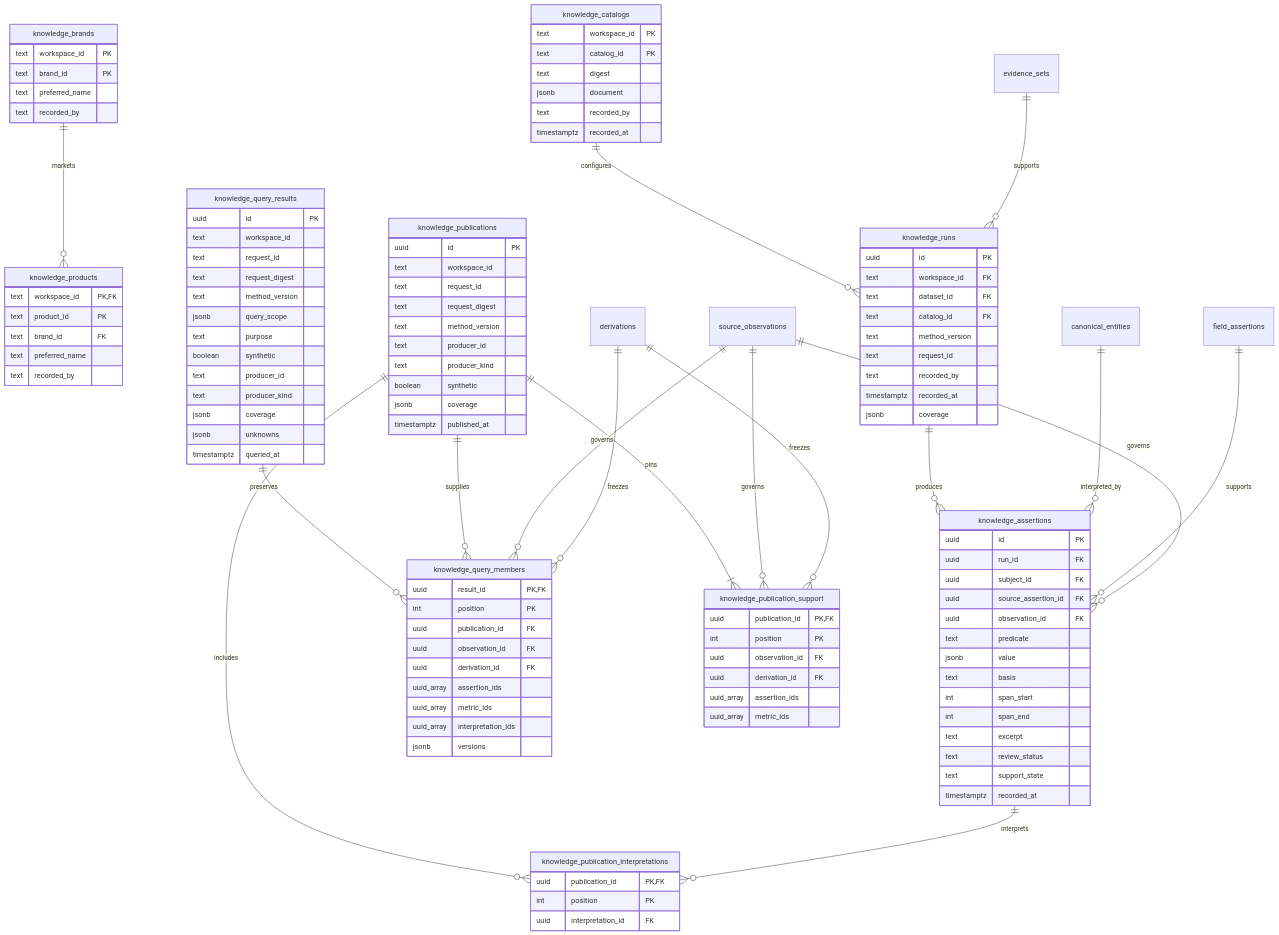
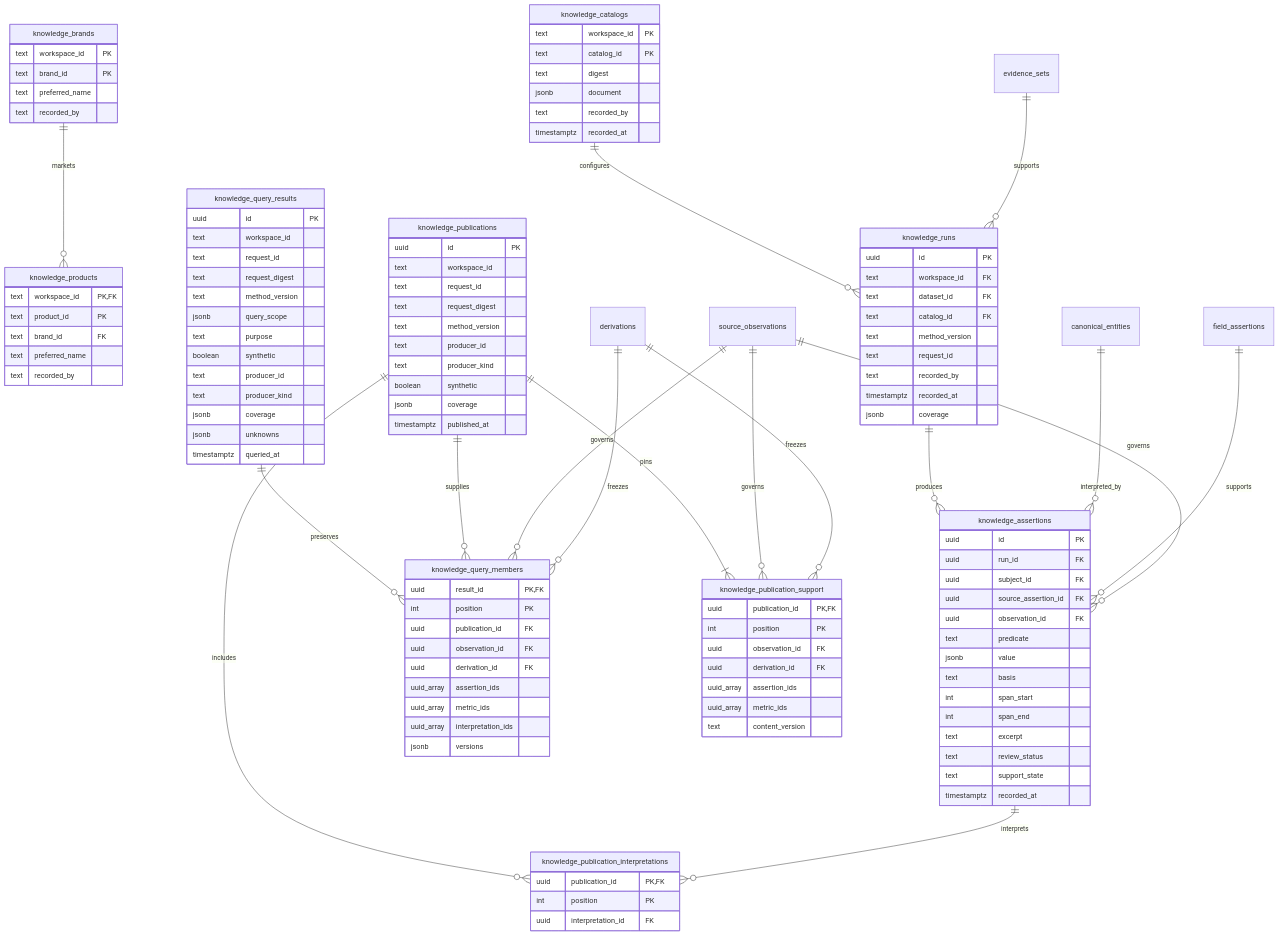
The second of 7 diagrams in docs/data-model.md (jinroylee/social-marketing-intelligence), drawn with Mermaid before and after one commit. The commit also changed other lines of this file and 35 other files, not shown here.

```diff
--- a/docs/data-model.md
+++ b/docs/data-model.md
@@ -197,6 +197,7 @@
         uuid derivation_id FK
         uuid_array assertion_ids
         uuid_array metric_ids
+        text content_version
     }
     knowledge_publication_interpretations {
         uuid publication_id PK, FK
```
